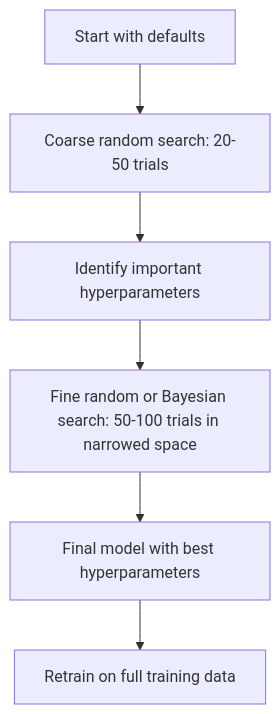
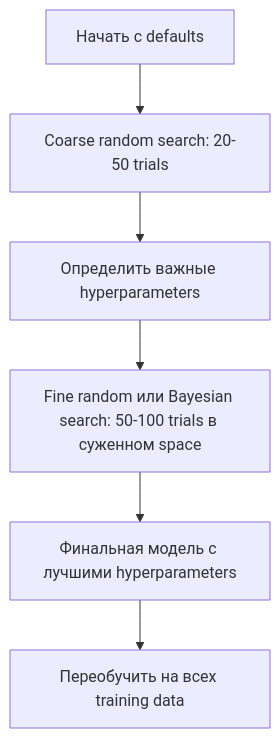
Before and after one commit to stabuev/ai-engineering-from-scratch: the third of 4 diagrams in phases/02-ml-fundamentals/12-hyperparameter-tuning/docs/ru.md, drawn with Mermaid. The commit also changed other lines of this file and 22 other files, not shown here.

````diff
--- a/phases/02-ml-fundamentals/12-hyperparameter-tuning/docs/ru.md
+++ b/phases/02-ml-fundamentals/12-hyperparameter-tuning/docs/ru.md
@@ -156,8 +156,8 @@
 ```mermaid
 flowchart TD
-    A[Start with defaults] --> B[Coarse random search: 20-50 trials]
-    B --> C[Identify important hyperparameters]
-    C --> D[Fine random or Bayesian search: 50-100 trials in narrowed space]
-    D --> E[Final model with best hyperparameters]
-    E --> F[Retrain on full training data]
+    A[Начать с defaults] --> B[Coarse random search: 20-50 trials]
+    B --> C[Определить важные hyperparameters]
+    C --> D[Fine random или Bayesian search: 50-100 trials в суженном space]
+    D --> E[Финальная модель с лучшими hyperparameters]
+    E --> F[Переобучить на всех training data]
 ```
````
